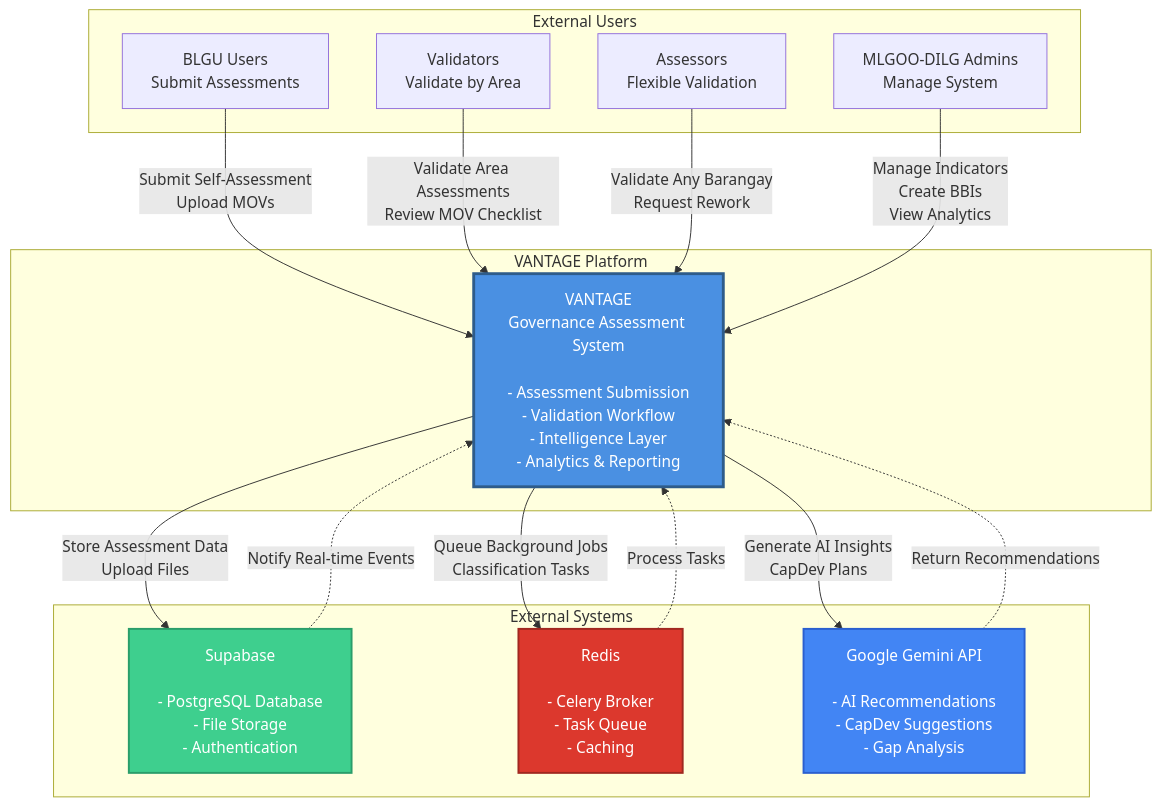
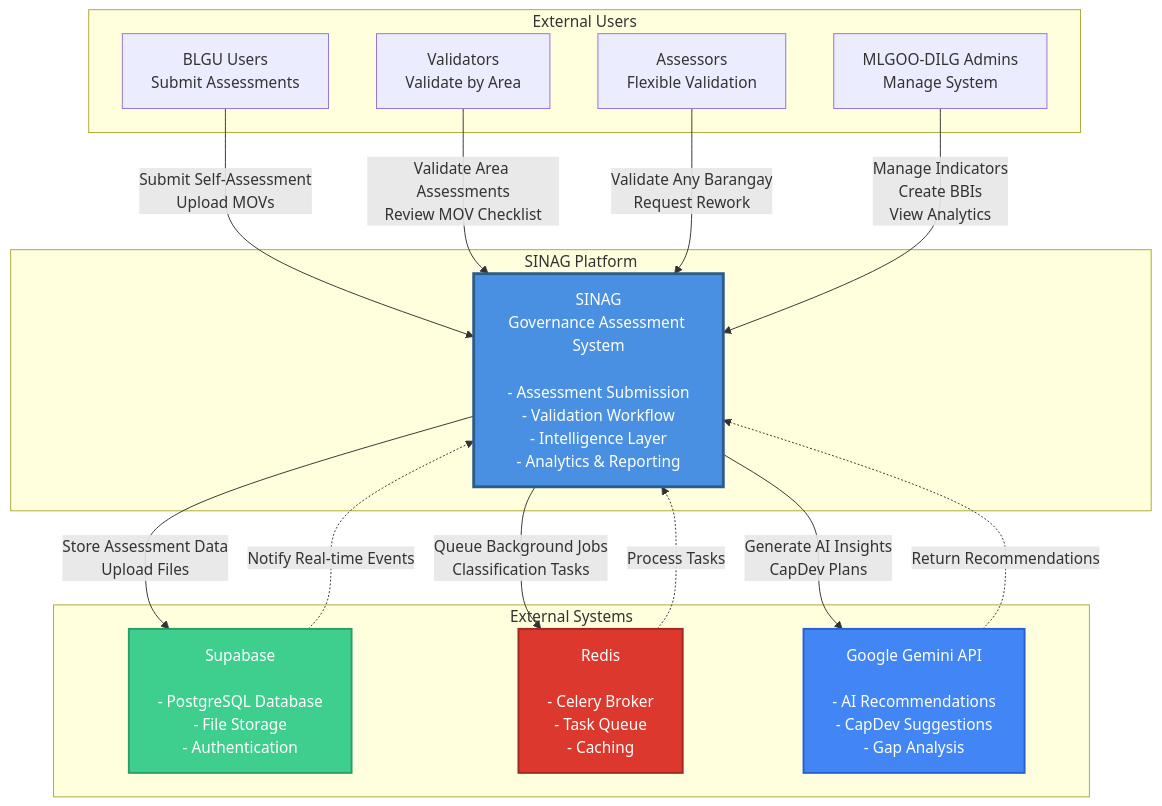
The first of 8 diagrams in docs/architecture/system-overview.md (generyand/sinag), drawn with Mermaid before and after one commit. The commit also changed other lines of this file and 260 other files, not shown here.

````diff
--- a/docs/architecture/system-overview.md
+++ b/docs/architecture/system-overview.md
@@ -20,37 +20,37 @@
 ```mermaid
 graph TB
     subgraph "External Users"
         BLGU[BLGU Users<br/>Submit Assessments]
         VALIDATOR[Validators<br/>Validate by Area]
         ASSESSOR[Assessors<br/>Flexible Validation]
         MLGOO[MLGOO-DILG Admins<br/>Manage System]
     end
 
-    subgraph "VANTAGE Platform"
-        VANTAGE[VANTAGE<br/>Governance Assessment System<br/><br/>- Assessment Submission<br/>- Validation Workflow<br/>- Intelligence Layer<br/>- Analytics & Reporting]
+    subgraph "SINAG Platform"
+        SINAG[SINAG<br/>Governance Assessment System<br/><br/>- Assessment Submission<br/>- Validation Workflow<br/>- Intelligence Layer<br/>- Analytics & Reporting]
     end
 
     subgraph "External Systems"
         SUPABASE[Supabase<br/><br/>- PostgreSQL Database<br/>- File Storage<br/>- Authentication]
         REDIS[Redis<br/><br/>- Celery Broker<br/>- Task Queue<br/>- Caching]
         GEMINI[Google Gemini API<br/><br/>- AI Recommendations<br/>- CapDev Suggestions<br/>- Gap Analysis]
     end
 
-    BLGU -->|Submit Self-Assessment<br/>Upload MOVs| VANTAGE
-    VALIDATOR -->|Validate Area Assessments<br/>Review MOV Checklist| VANTAGE
-    ASSESSOR -->|Validate Any Barangay<br/>Request Rework| VANTAGE
-    MLGOO -->|Manage Indicators<br/>Create BBIs<br/>View Analytics| VANTAGE
+    BLGU -->|Submit Self-Assessment<br/>Upload MOVs| SINAG
+    VALIDATOR -->|Validate Area Assessments<br/>Review MOV Checklist| SINAG
+    ASSESSOR -->|Validate Any Barangay<br/>Request Rework| SINAG
+    MLGOO -->|Manage Indicators<br/>Create BBIs<br/>View Analytics| SINAG
 
-    VANTAGE -->|Store Assessment Data<br/>Upload Files| SUPABASE
-    VANTAGE -->|Queue Background Jobs<br/>Classification Tasks| REDIS
-    VANTAGE -->|Generate AI Insights<br/>CapDev Plans| GEMINI
+    SINAG -->|Store Assessment Data<br/>Upload Files| SUPABASE
+    SINAG -->|Queue Background Jobs<br/>Classification Tasks| REDIS
+    SINAG -->|Generate AI Insights<br/>CapDev Plans| GEMINI
 
-    SUPABASE -.->|Notify Real-time Events| VANTAGE
-    REDIS -.->|Process Tasks| VANTAGE
-    GEMINI -.->|Return Recommendations| VANTAGE
+    SUPABASE -.->|Notify Real-time Events| SINAG
+    REDIS -.->|Process Tasks| SINAG
+    GEMINI -.->|Return Recommendations| SINAG
 
-    style VANTAGE fill:#4A90E2,stroke:#2E5C8A,stroke-width:3px,color:#fff
+    style SINAG fill:#4A90E2,stroke:#2E5C8A,stroke-width:3px,color:#fff
     style SUPABASE fill:#3ECF8E,stroke:#2A9D6A,stroke-width:2px,color:#fff
     style REDIS fill:#DC382D,stroke:#A02820,stroke-width:2px,color:#fff
     style GEMINI fill:#4285F4,stroke:#2A5FCF,stroke-width:2px,color:#fff
 ```
````
